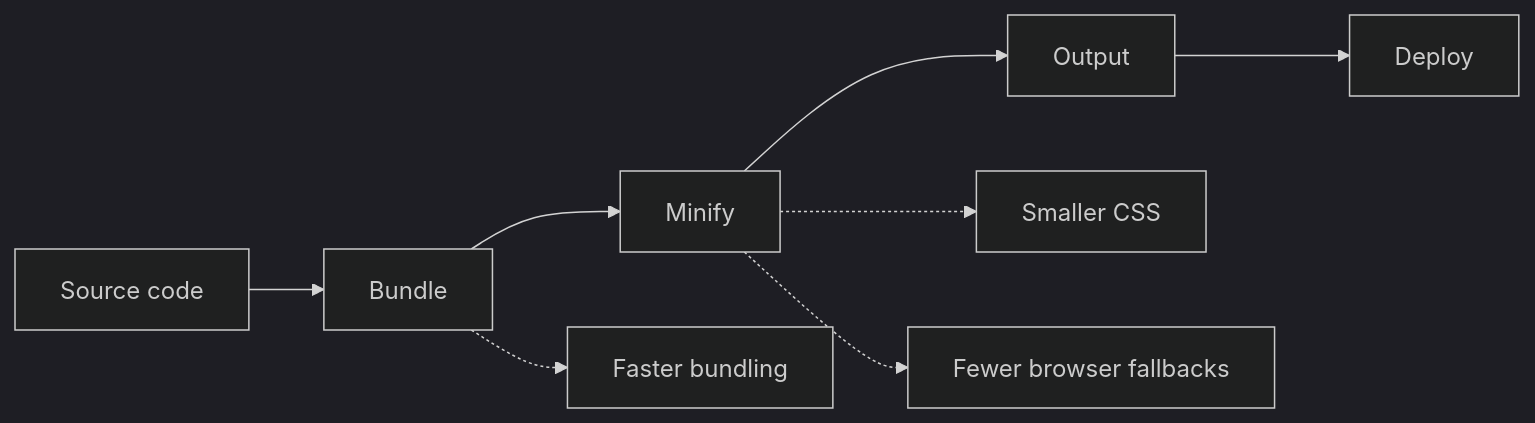
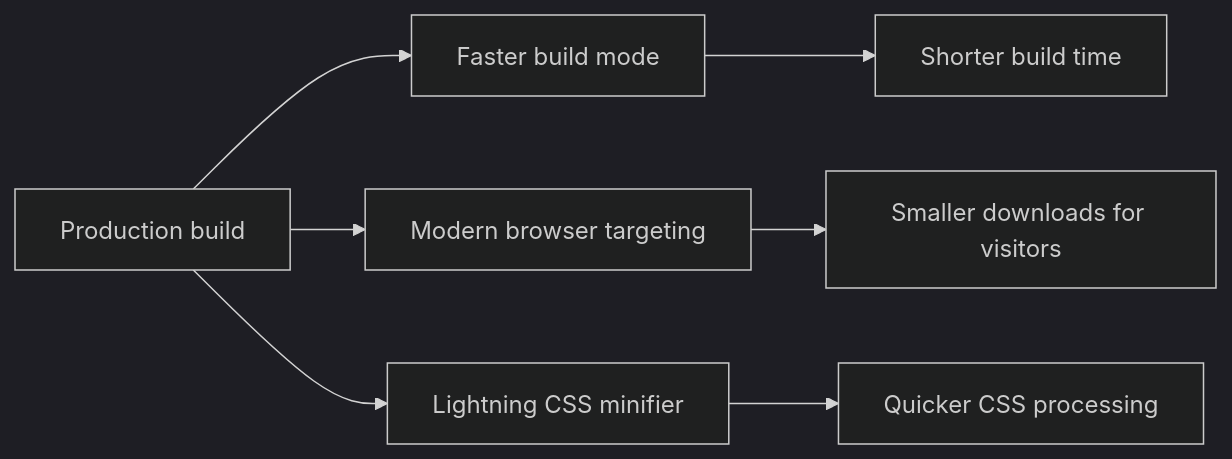
The diagram in api2-documentation/plan_2026-11-02_f8890e/user-facing-docs/performance-optimization.md (Mohita111/API2), drawn with Mermaid (dark theme) before and after one commit. The commit also changed other lines of this file and 12 other files, not shown here.

````diff
--- a/api2-documentation/plan_2026-11-02_f8890e/user-facing-docs/performance-optimization.md
+++ b/api2-documentation/plan_2026-11-02_f8890e/user-facing-docs/performance-optimization.md
@@ -28,10 +33,9 @@
 ```mermaid
 graph LR
-    A[Source code] --> B[Bundle]
-    B --> C[Minify]
-    C --> D[Output]
-    D --> E[Deploy]
-    B -.-> F[Faster bundling]
-    C -.-> G[Smaller CSS]
-    C -.-> H[Fewer browser fallbacks]
+    A[Production build] --> B[Faster build mode]
+    A --> C[Modern browser targeting]
+    A --> D[Lightning CSS minifier]
+    B --> E[Shorter build time]
+    C --> F[Smaller downloads for visitors]
+    D --> G[Quicker CSS processing]
 ```
````
